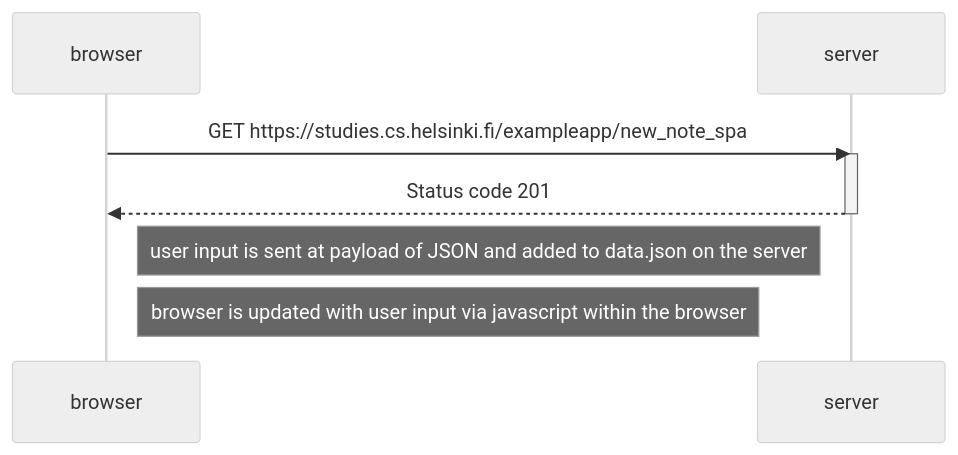
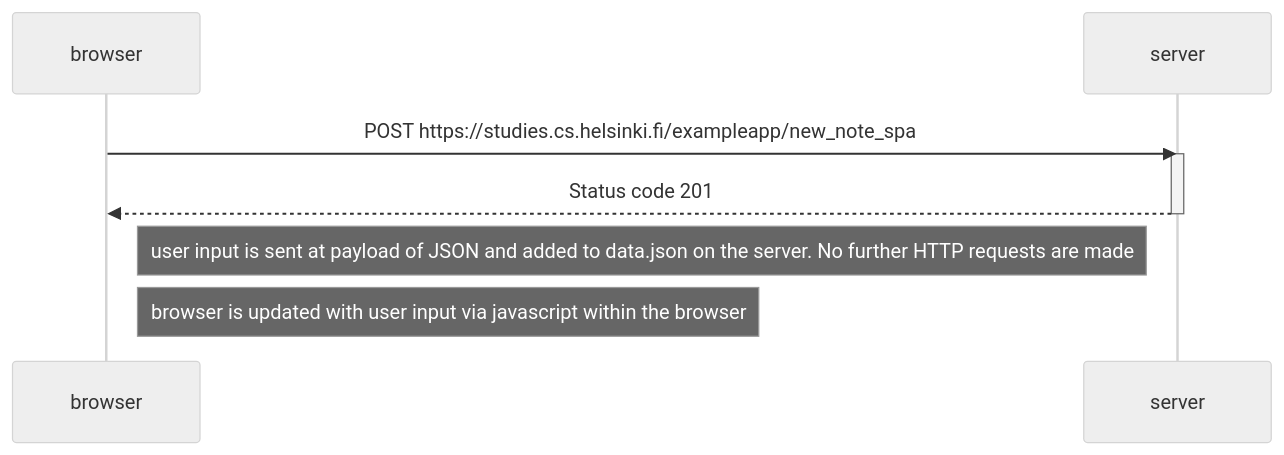
The diagram in part0/singlePageAppSubmitNoteDiagram.mermaid (Obrim87/fullstackopen), drawn with Mermaid (neutral theme) before and after one commit. The commit also changed 25 other files, not shown here.

```diff
--- a/part0/singlePageAppSubmitNoteDiagram.mermaid
+++ b/part0/singlePageAppSubmitNoteDiagram.mermaid
@@ -1,11 +1,11 @@
 sequenceDiagram
   participant browser
   participant server
   
-  browser->>server: GET https://studies.cs.helsinki.fi/exampleapp/new_note_spa
+  browser->>server: POST https://studies.cs.helsinki.fi/exampleapp/new_note_spa
   activate server
   server-->>browser: Status code 201
   deactivate server
 
-  Note left of server: user input is sent at payload of JSON and added to data.json on the server
+  Note left of server: user input is sent at payload of JSON and added to data.json on the server. No further HTTP requests are made
   Note right of browser: browser is updated with user input via javascript within the browser
```
